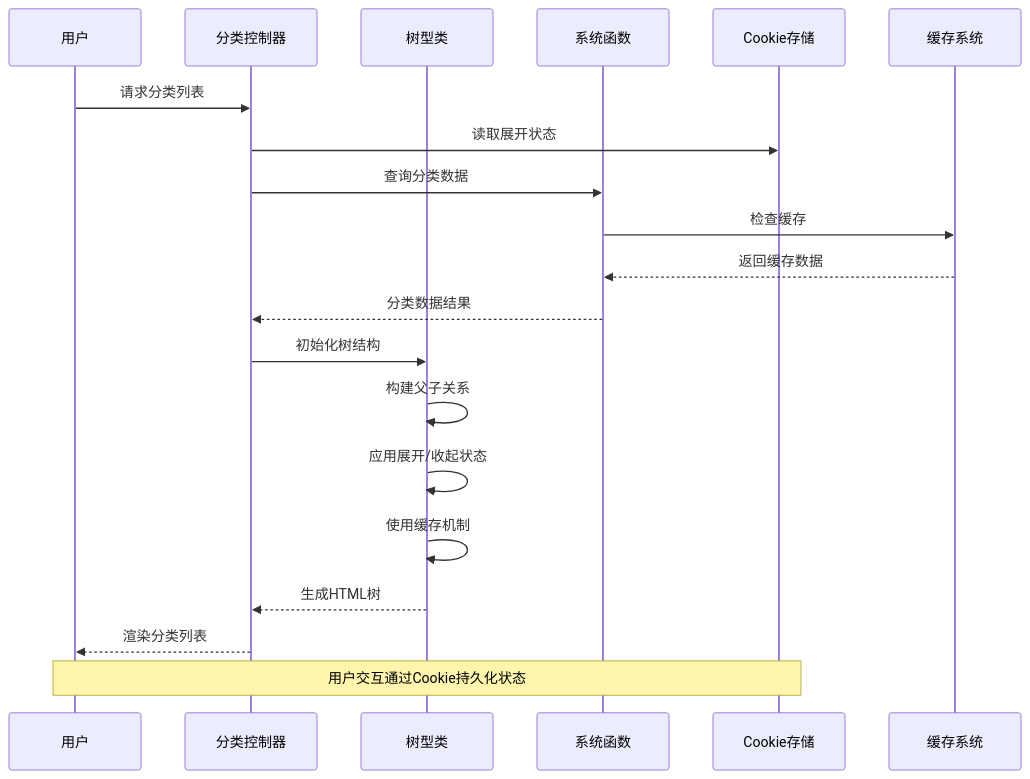
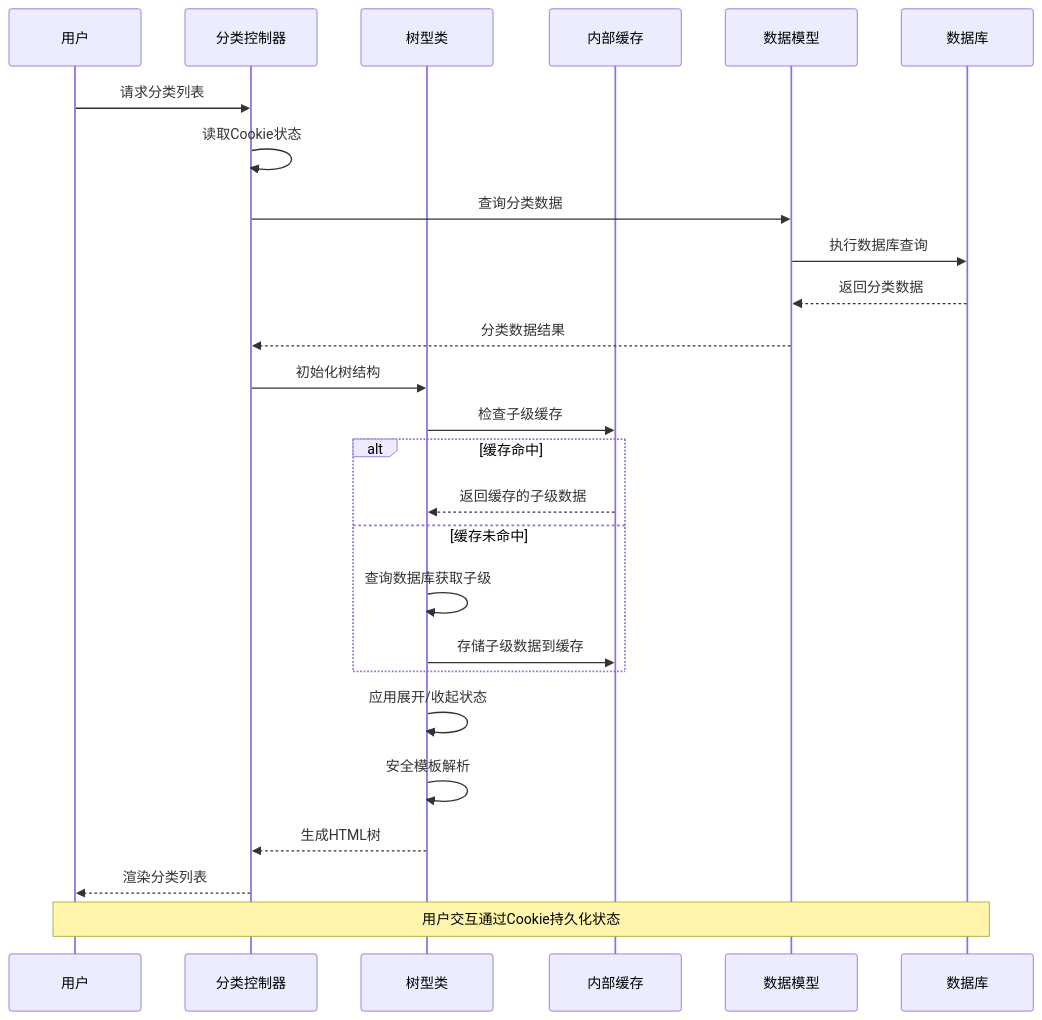
Before and after one commit to lirongyaoper/lryblog.com: the second of 11 diagrams in .qoder/repowiki/zh/content/后台管理模块/分类管理/分类树形结构管理.md, drawn with Mermaid. The commit also changed other lines of this file and 13 other files, not shown here.

````diff
--- a/.qoder/repowiki/zh/content/后台管理模块/分类管理/分类树形结构管理.md
+++ b/.qoder/repowiki/zh/content/后台管理模块/分类管理/分类树形结构管理.md
@@ -139,22 +106,28 @@
 ```mermaid
 sequenceDiagram
 participant User as 用户
 participant Controller as 分类控制器
 participant Tree as 树型类
-participant SystemFunc as 系统函数
-participant Cookie as Cookie存储
-participant Cache as 缓存系统
+participant Cache as 内部缓存
+participant Model as 数据模型
+participant DB as 数据库
 User->>Controller : 请求分类列表
-Controller->>Cookie : 读取展开状态
-Controller->>SystemFunc : 查询分类数据
-SystemFunc->>Cache : 检查缓存
-Cache-->>SystemFunc : 返回缓存数据
-SystemFunc-->>Controller : 分类数据结果
+Controller->>Controller : 读取Cookie状态
+Controller->>Model : 查询分类数据
+Model->>DB : 执行数据库查询
+DB-->>Model : 返回分类数据
+Model-->>Controller : 分类数据结果
 Controller->>Tree : 初始化树结构
-Tree->>Tree : 构建父子关系
+Tree->>Cache : 检查子级缓存
+alt 缓存命中
+Cache-->>Tree : 返回缓存的子级数据
+else 缓存未命中
+Tree->>Tree : 查询数据库获取子级
+Tree->>Cache : 存储子级数据到缓存
+end
 Tree->>Tree : 应用展开/收起状态
-Tree->>Tree : 使用缓存机制
+Tree->>Tree : 安全模板解析
 Tree-->>Controller : 生成HTML树
 Controller-->>User : 渲染分类列表
-Note over User,Cookie : 用户交互通过Cookie持久化状态
+Note over User,DB : 用户交互通过Cookie持久化状态
 ```
````
